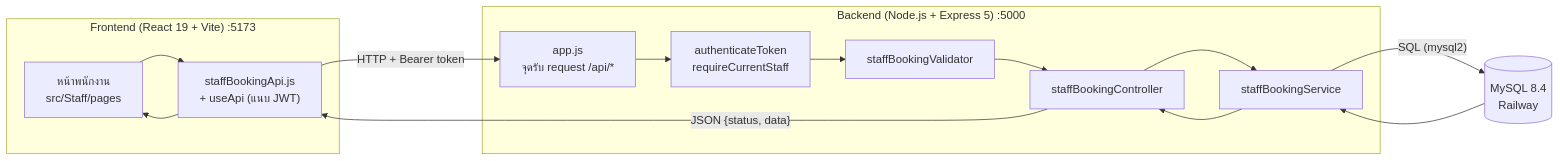
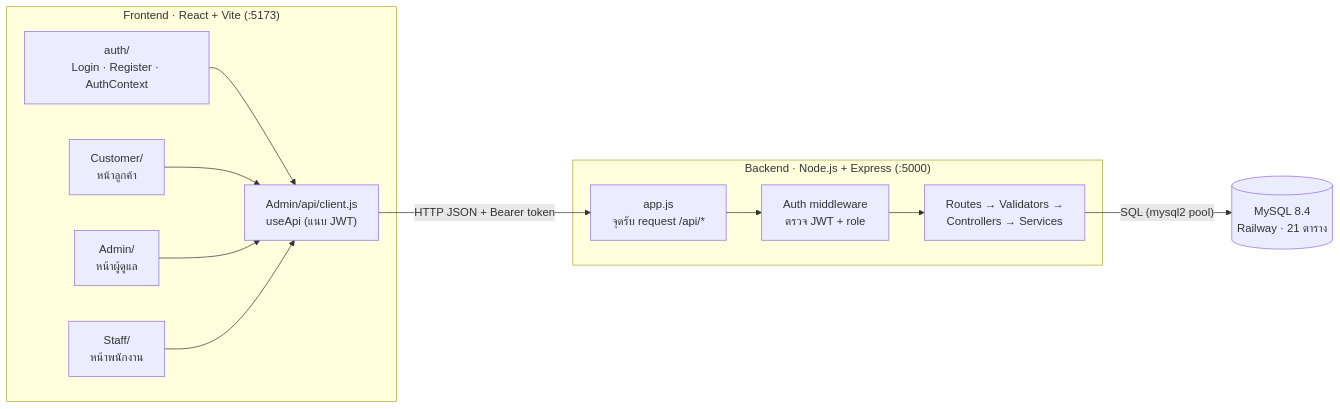
Before and after one commit to chetakit/Car-care: the first of 3 diagrams in README.md, drawn with Mermaid. The commit also changed other lines of this file, not shown here.

````diff
--- a/README.md
+++ b/README.md
@@ -31,17 +31,17 @@
 ```mermaid
 flowchart LR
-  subgraph FE["Frontend (React 19 + Vite) :5173"]
-    P["หน้าพนักงาน<br/>src/Staff/pages"]
-    A["staffBookingApi.js<br/>+ useApi (แนบ JWT)"]
+  subgraph FE["Frontend · React + Vite (:5173)"]
+    AUTH["auth/<br/>Login · Register · AuthContext"]
+    CUS["Customer/<br/>หน้าลูกค้า"]
+    ADM["Admin/<br/>หน้าผู้ดูแล"]
+    STF["Staff/<br/>หน้าพนักงาน"]
+    CLI["Admin/api/client.js<br/>useApi (แนบ JWT)"]
   end
-  subgraph BE["Backend (Node.js + Express 5) :5000"]
-    R["app.js<br/>จุดรับ request /api/*"]
-    M["authenticateToken<br/>requireCurrentStaff"]
-    V["staffBookingValidator"]
-    C["staffBookingController"]
-    S["staffBookingService"]
+  subgraph BE["Backend · Node.js + Express (:5000)"]
+    APP["app.js<br/>จุดรับ request /api/*"]
+    MW["Auth middleware<br/>ตรวจ JWT + role"]
+    MOD["Routes → Validators →<br/>Controllers → Services"]
   end
-  DB[("MySQL 8.4<br/>Railway")]
-  P --> A -->|"HTTP + Bearer token"| R --> M --> V --> C --> S -->|"SQL (mysql2)"| DB
-  DB --> S --> C -->|"JSON {status, data}"| A --> P
+  DB[("MySQL 8.4<br/>Railway · 21 ตาราง")]
+  AUTH & CUS & ADM & STF --> CLI -->|"HTTP JSON + Bearer token"| APP --> MW --> MOD -->|"SQL (mysql2 pool)"| DB
 ```
````
